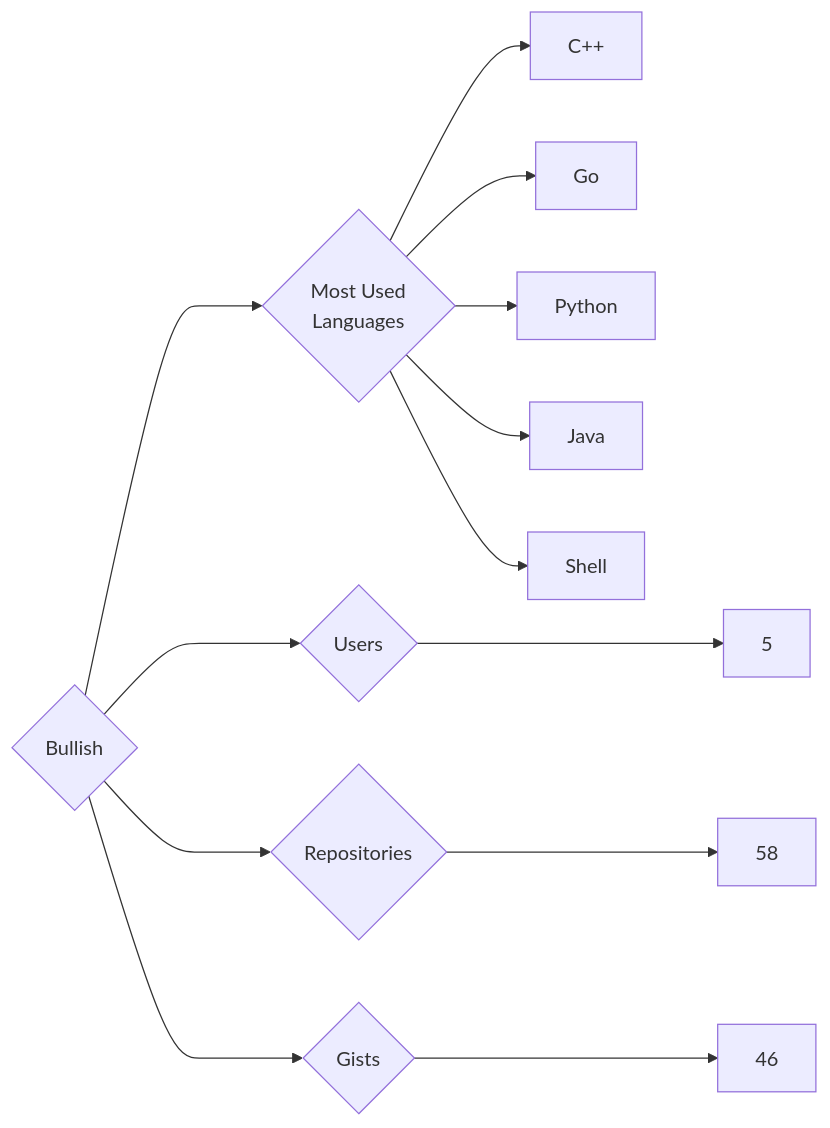
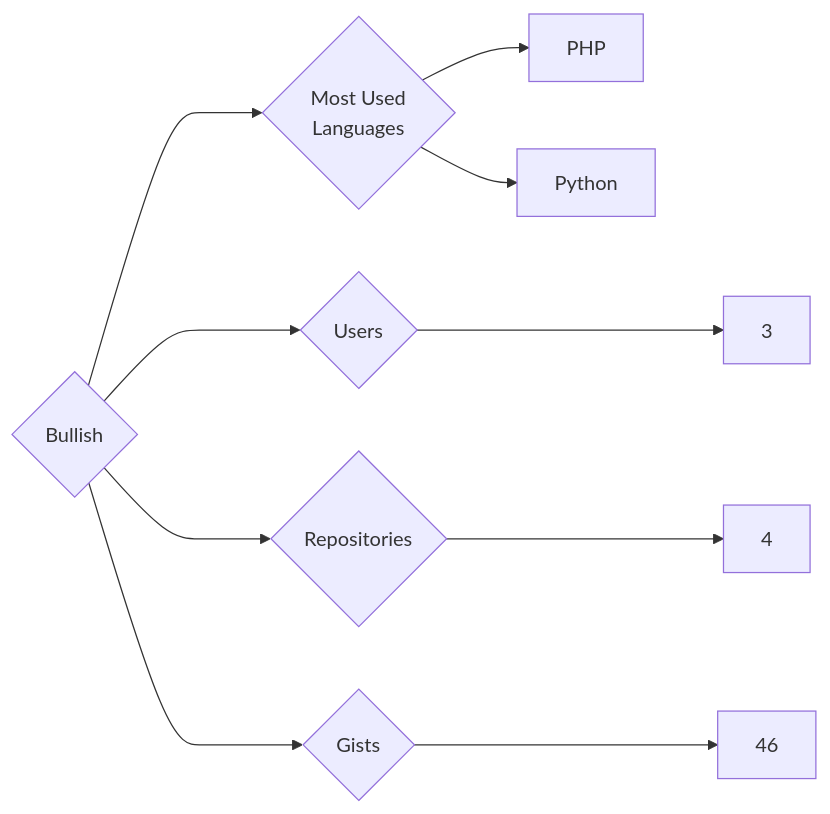
Before and after one commit to trickest/insiders: the diagram in targets/Bullish/README.md, drawn with Mermaid. The commit also changed 1030 other files, not shown here.

````diff
--- a/targets/Bullish/README.md
+++ b/targets/Bullish/README.md
@@ -3,13 +3,10 @@
 ```mermaid
 graph LR
 COMPANY_NAME{Bullish}
-COMPANY_NAME ---> U{Users} ---> UN[5]
-COMPANY_NAME ---> R{Repositories} ---> RN[58]
+COMPANY_NAME ---> U{Users} ---> UN[3]
+COMPANY_NAME ---> R{Repositories} ---> RN[4]
 COMPANY_NAME ---> G{Gists} ---> GN[46]
 COMPANY_NAME ---> ML{Most Used<br>Languages}
-ML --> C++[C++]
-ML --> Go[Go]
+ML --> PHP[PHP]
 ML --> Python[Python]
-ML --> Java[Java]
-ML --> Shell[Shell]
 ```
````
